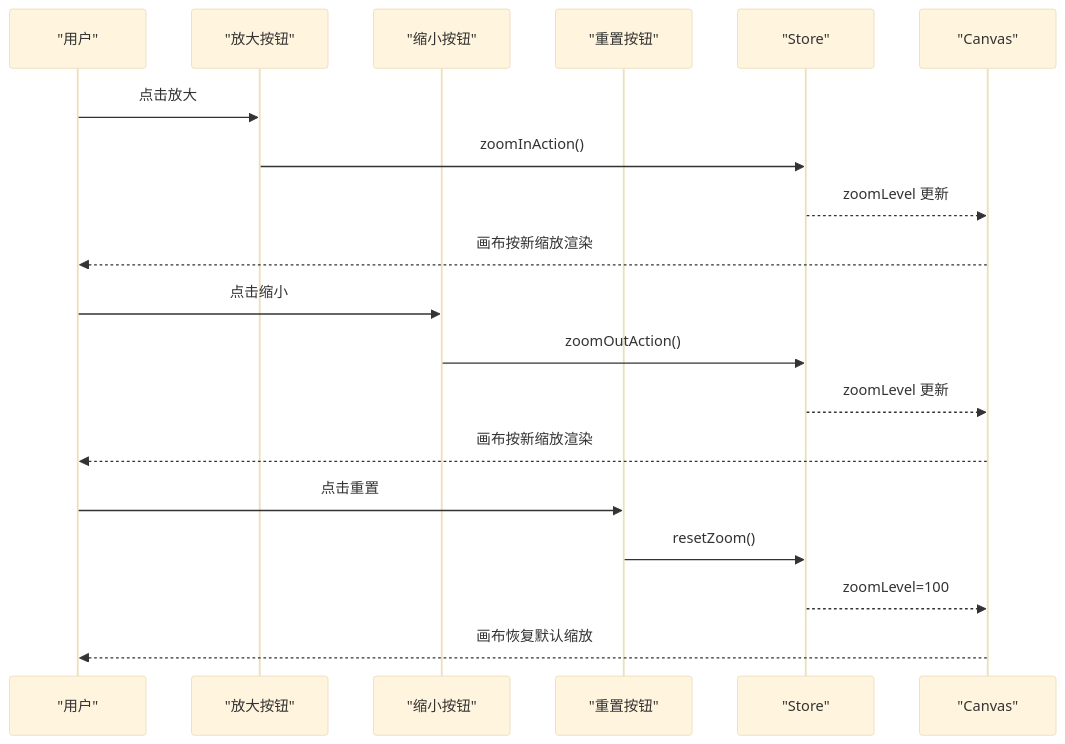
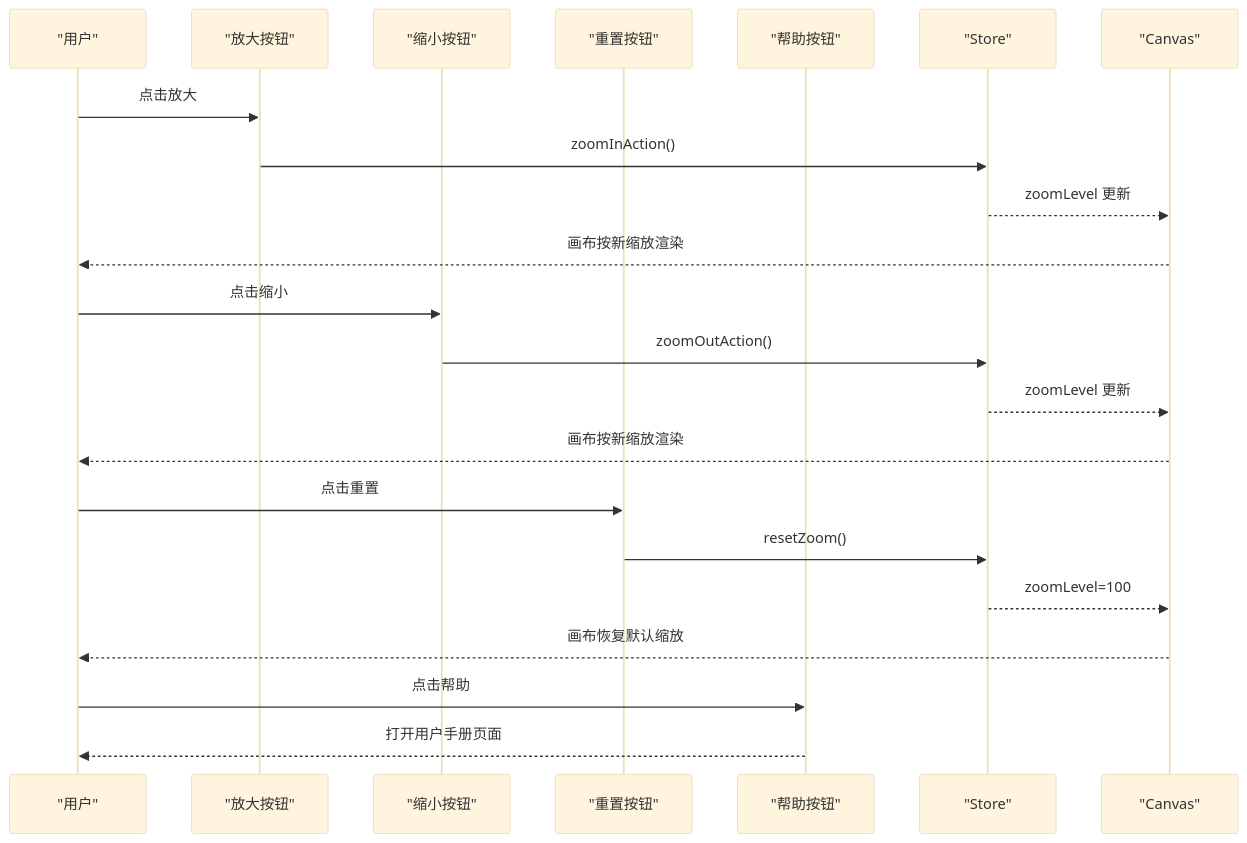
One commit to joker-yjc/printer changed the fourth of 7 diagrams in .qoder/repowiki/zh/content/设计器使用指南/界面布局与导航.md. Above: the diagram before and after it, drawn with Mermaid (base theme). The commit also changed other lines of this file and 97 other files, not shown here.

````diff
--- a/.qoder/repowiki/zh/content/设计器使用指南/界面布局与导航.md
+++ b/.qoder/repowiki/zh/content/设计器使用指南/界面布局与导航.md
@@ -163,21 +187,24 @@
 ```mermaid
 sequenceDiagram
 participant U as "用户"
 participant ZI as "放大按钮"
 participant ZO as "缩小按钮"
 participant ZR as "重置按钮"
+participant HB as "帮助按钮"
 participant ST as "Store"
 participant CAN as "Canvas"
 U->>ZI : 点击放大
 ZI->>ST : zoomInAction()
 ST-->>CAN : zoomLevel 更新
 CAN-->>U : 画布按新缩放渲染
 U->>ZO : 点击缩小
 ZO->>ST : zoomOutAction()
 ST-->>CAN : zoomLevel 更新
 CAN-->>U : 画布按新缩放渲染
 U->>ZR : 点击重置
 ZR->>ST : resetZoom()
 ST-->>CAN : zoomLevel=100
 CAN-->>U : 画布恢复默认缩放
+U->>HB : 点击帮助
+HB-->>U : 打开用户手册页面
 ```
````
